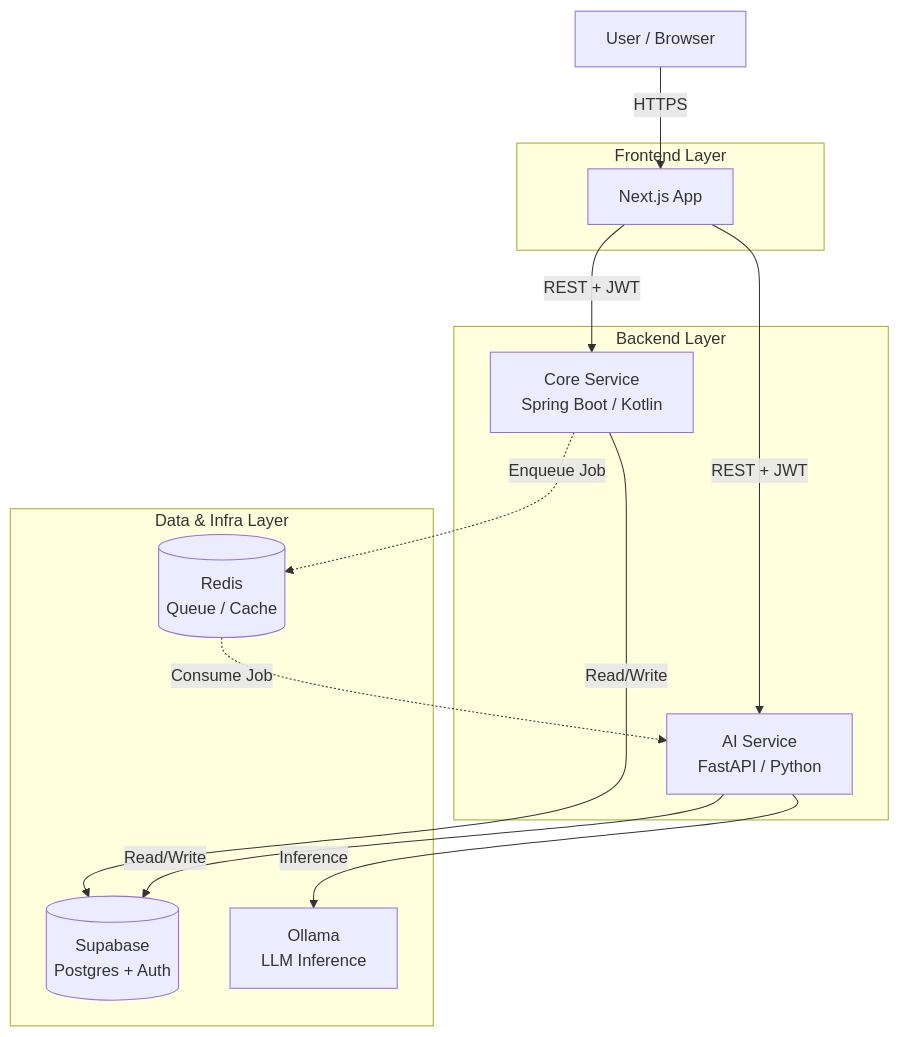
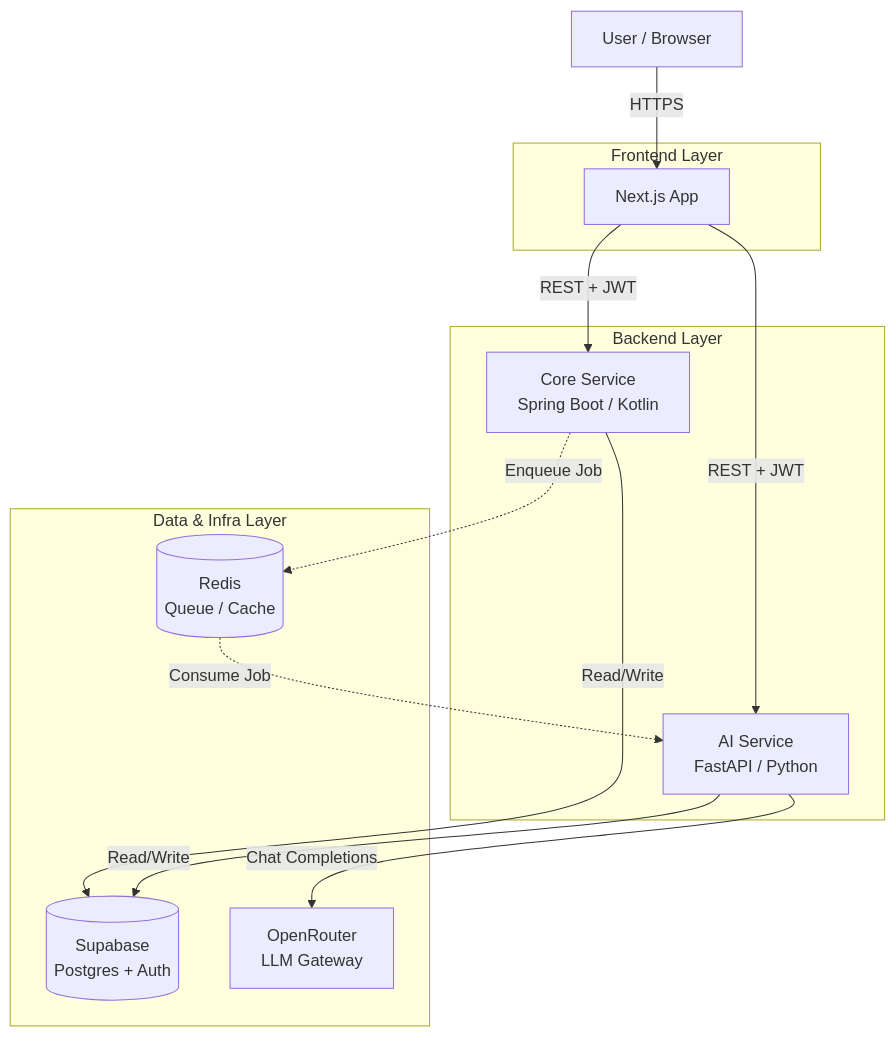
The first of 3 diagrams in docs/architecture.md (AIByJohannes/alfred), drawn with Mermaid before and after one commit. The commit also changed other lines of this file, not shown here.

Commit message:
Update architecture document to reflect OpenRouter integration for LLM inference

````diff
--- a/docs/architecture.md
+++ b/docs/architecture.md
@@ -17,31 +17,31 @@
 ```mermaid
 graph TD
     User[User / Browser]
     
     subgraph "Frontend Layer"
         NextJS[Next.js App]
     end
     
     subgraph "Backend Layer"
         SpringBoot[Core Service<br/>Spring Boot / Kotlin]
         FastAPI[AI Service<br/>FastAPI / Python]
     end
     
     subgraph "Data & Infra Layer"
         Supabase[(Supabase<br/>Postgres + Auth)]
         Redis[(Redis<br/>Queue / Cache)]
-        Ollama[Ollama<br/>LLM Inference]
+        OpenRouter[OpenRouter<br/>LLM Gateway]
     end
 
     User -->|HTTPS| NextJS
     NextJS -->|REST + JWT| SpringBoot
     NextJS -->|REST + JWT| FastAPI
     
     SpringBoot -->|Read/Write| Supabase
     FastAPI -->|Read/Write| Supabase
     
     SpringBoot -.->|Enqueue Job| Redis
     Redis -.->|Consume Job| FastAPI
     
-    FastAPI -->|Inference| Ollama
+    FastAPI -->|Chat Completions| OpenRouter
 ```
````
